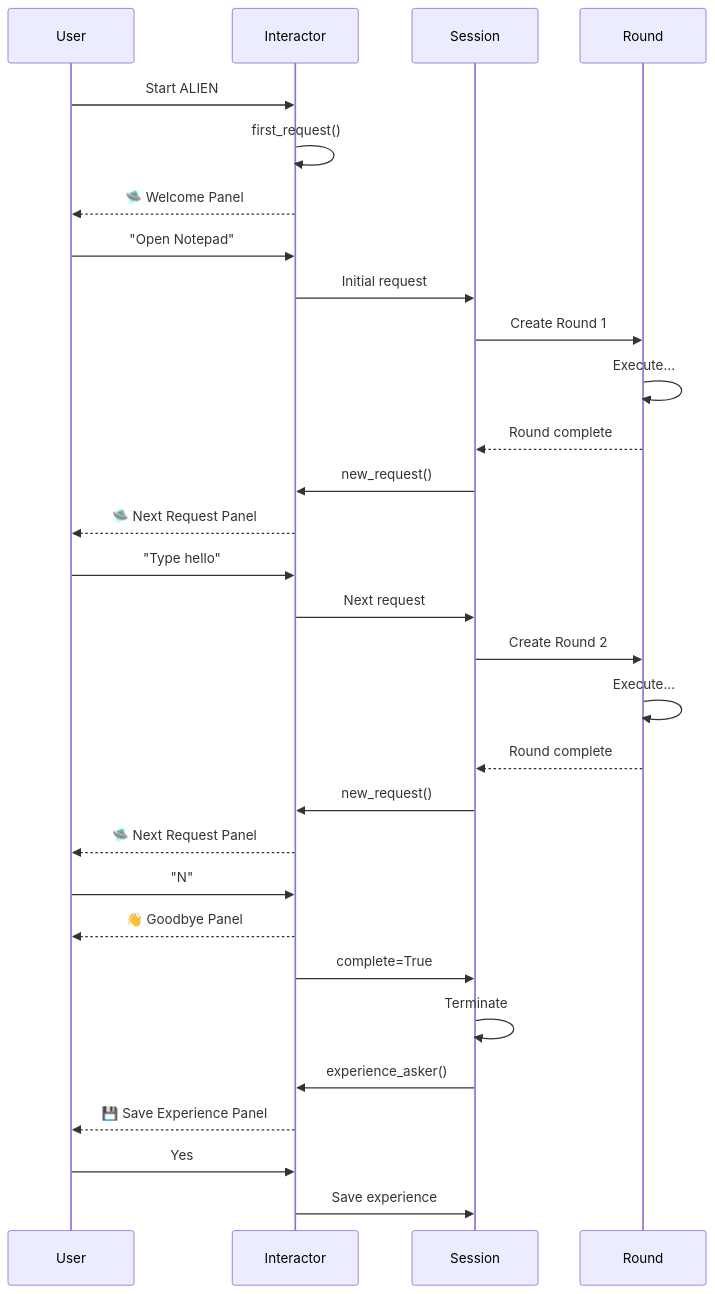
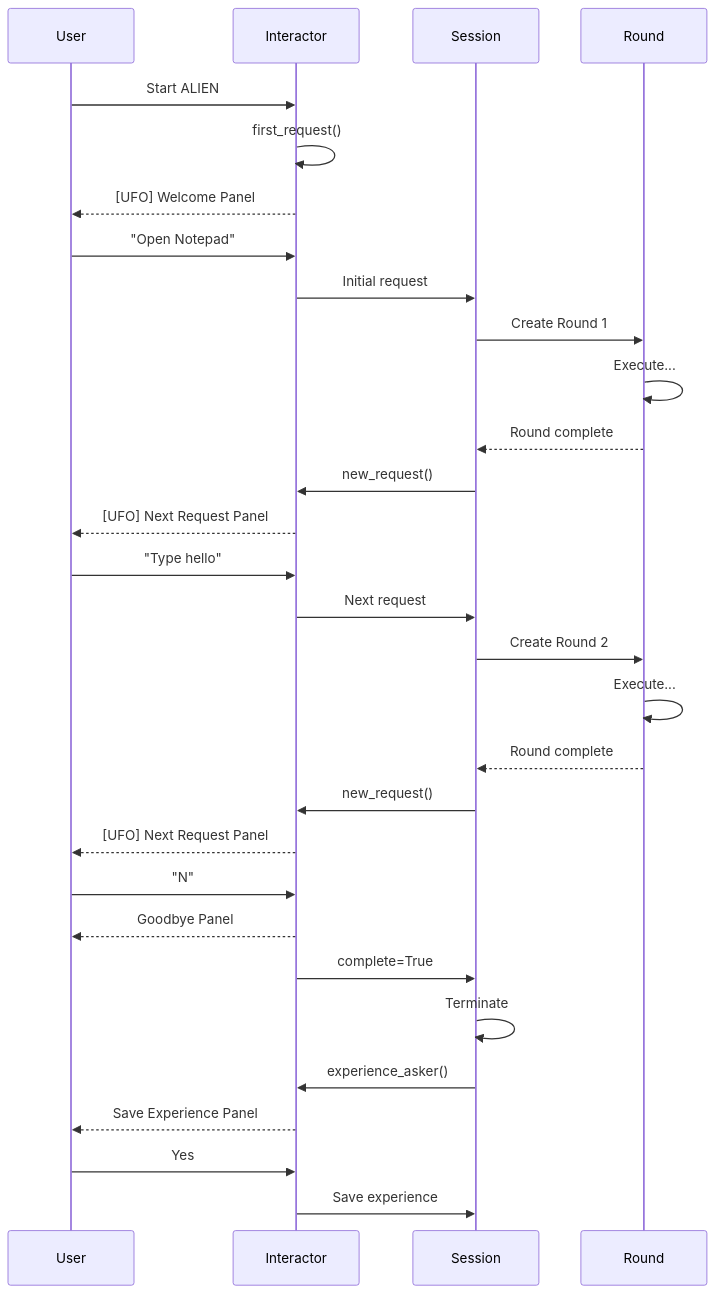
One commit to DEVELOPER-DEEVEN/alien-project changed the sixth of 8 diagrams in documents/docs/infrastructure/modules/overview.md. Above: the diagram before and after it, drawn with Mermaid. The commit also changed other lines of this file and 290 other files, not shown here.

````diff
--- a/documents/docs/infrastructure/modules/overview.md
+++ b/documents/docs/infrastructure/modules/overview.md
@@ -396,38 +396,38 @@
 ```mermaid
 sequenceDiagram
     participant U as User
     participant I as Interactor
     participant S as Session
     participant R as Round
     
     U->>I: Start ALIEN
     I->>I: first_request()
-    I-->>U: 🛸 Welcome Panel
+    I-->>U: [UFO] Welcome Panel
     U->>I: "Open Notepad"
     I->>S: Initial request
     
     S->>R: Create Round 1
     R->>R: Execute...
     R-->>S: Round complete
     
     S->>I: new_request()
-    I-->>U: 🛸 Next Request Panel
+    I-->>U: [UFO] Next Request Panel
     U->>I: "Type hello"
     I->>S: Next request
     
     S->>R: Create Round 2
     R->>R: Execute...
     R-->>S: Round complete
     
     S->>I: new_request()
-    I-->>U: 🛸 Next Request Panel
+    I-->>U: [UFO] Next Request Panel
     U->>I: "N"
-    I-->>U: 👋 Goodbye Panel
+    I-->>U:  Goodbye Panel
     I->>S: complete=True
     S->>S: Terminate
     
     S->>I: experience_asker()
-    I-->>U: 💾 Save Experience Panel
+    I-->>U:  Save Experience Panel
     U->>I: Yes
     I->>S: Save experience
 ```
````
